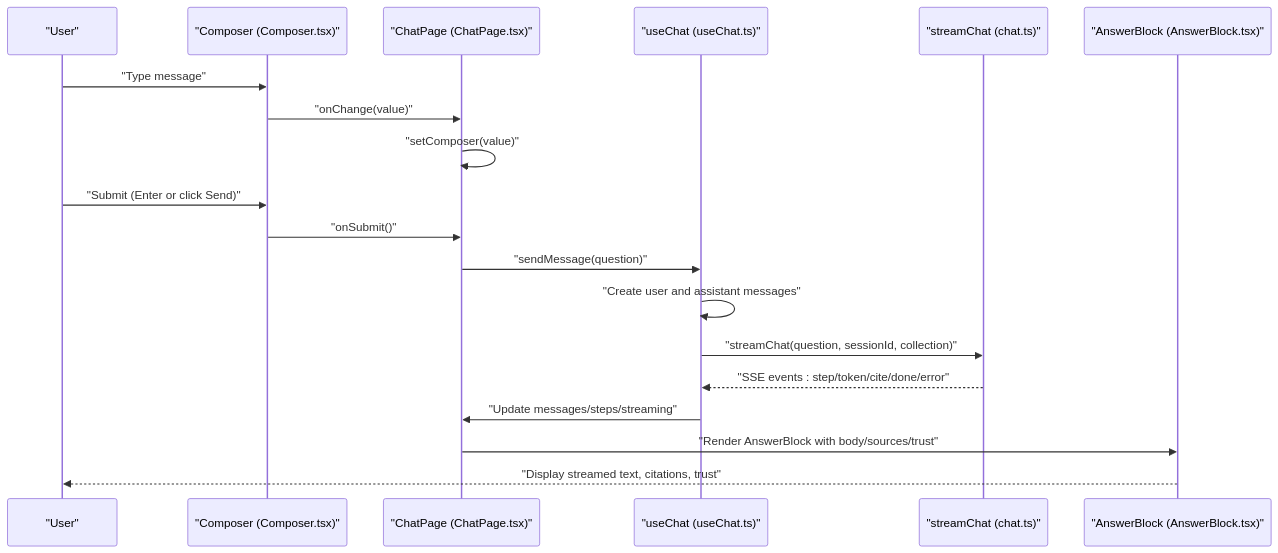
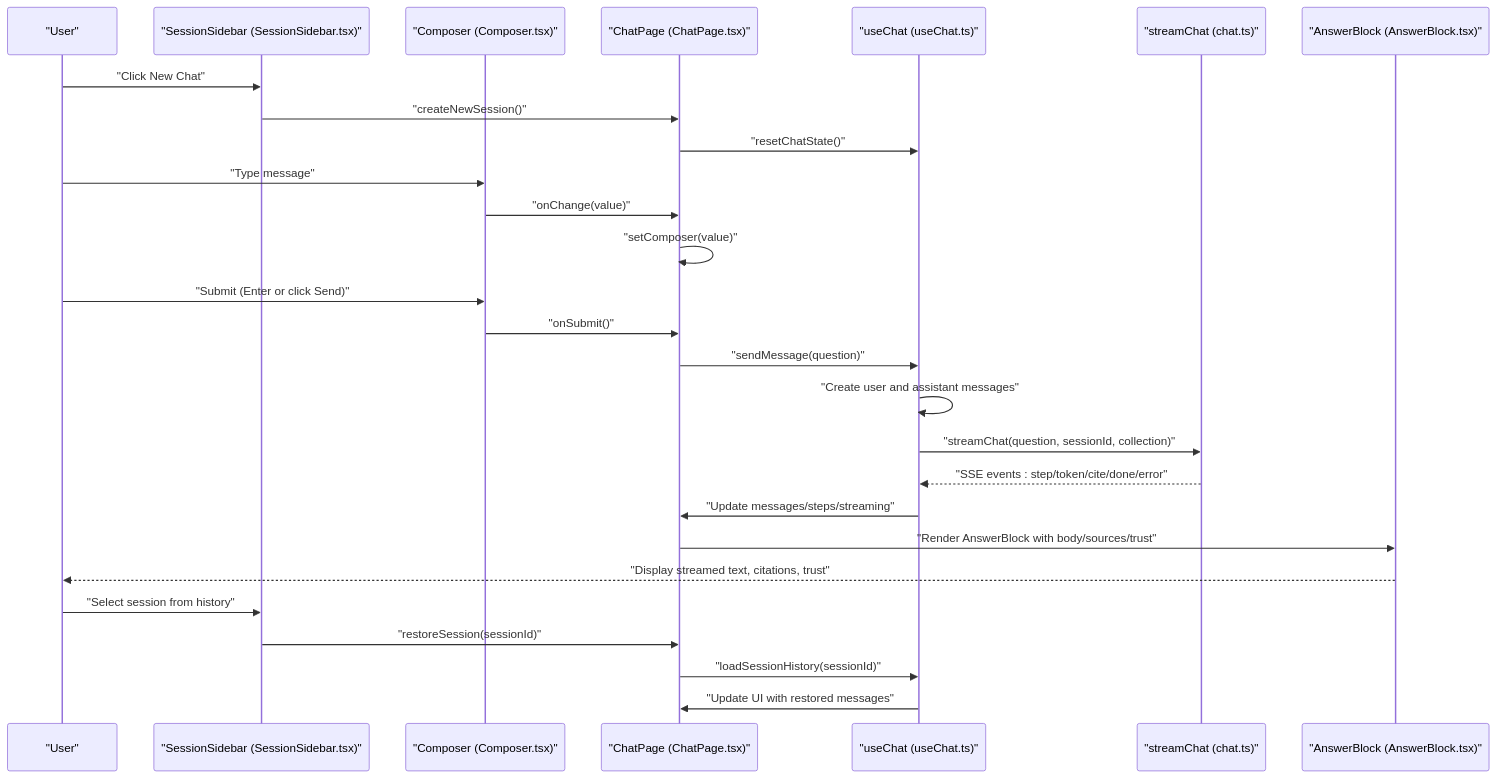
One commit to genes8/private-ai changed the second of 6 diagrams in .qoder/repowiki/en/content/Design System/Component Library/Chat Interface Components.md. Above: the diagram before and after it, drawn with Mermaid. The commit also changed other lines of this file and 36 other files, not shown here.

````diff
--- a/.qoder/repowiki/en/content/Design System/Component Library/Chat Interface Components.md
+++ b/.qoder/repowiki/en/content/Design System/Component Library/Chat Interface Components.md
@@ -102,21 +120,29 @@
 ```mermaid
 sequenceDiagram
 participant U as "User"
+participant SS as "SessionSidebar (SessionSidebar.tsx)"
 participant CP as "Composer (Composer.tsx)"
 participant HP as "ChatPage (ChatPage.tsx)"
 participant HC as "useChat (useChat.ts)"
 participant API as "streamChat (chat.ts)"
 participant AB as "AnswerBlock (AnswerBlock.tsx)"
+U->>SS : "Click New Chat"
+SS->>HP : "createNewSession()"
+HP->>HC : "resetChatState()"
 U->>CP : "Type message"
 CP->>HP : "onChange(value)"
 HP->>HP : "setComposer(value)"
 U->>CP : "Submit (Enter or click Send)"
 CP->>HP : "onSubmit()"
 HP->>HC : "sendMessage(question)"
 HC->>HC : "Create user and assistant messages"
 HC->>API : "streamChat(question, sessionId, collection)"
 API-->>HC : "SSE events : step/token/cite/done/error"
 HC->>HP : "Update messages/steps/streaming"
 HP->>AB : "Render AnswerBlock with body/sources/trust"
 AB-->>U : "Display streamed text, citations, trust"
+U->>SS : "Select session from history"
+SS->>HP : "restoreSession(sessionId)"
+HP->>HC : "loadSessionHistory(sessionId)"
+HC->>HP : "Update UI with restored messages"
 ```
````
